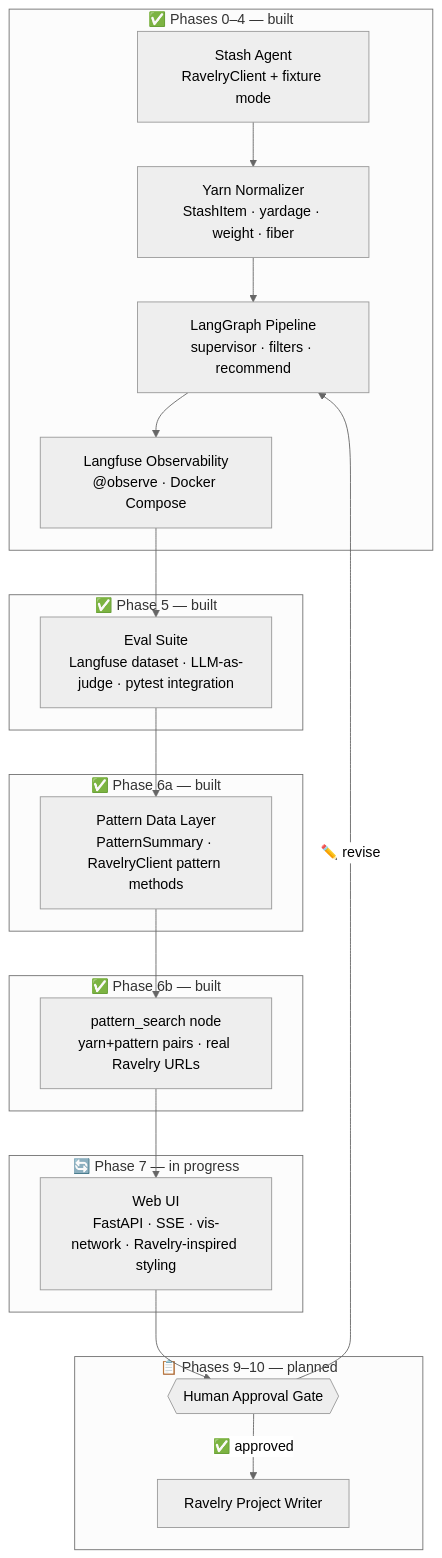
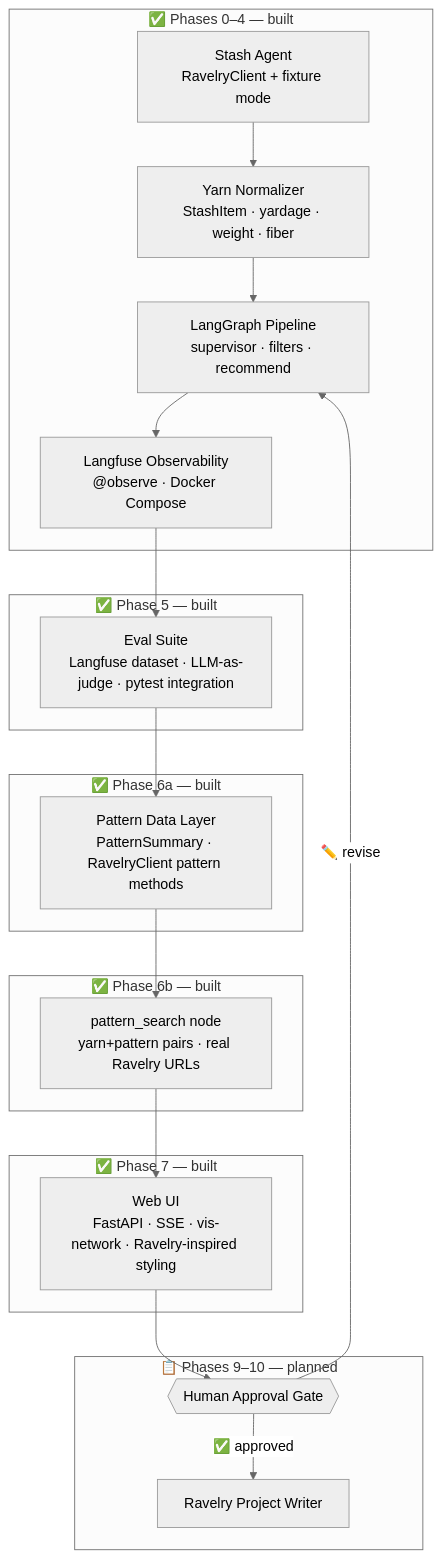
The second of 2 diagrams in README.md (ReneeErnst/skein-minder), drawn with Mermaid (neutral theme) before and after one commit. The commit also changed other lines of this file and 2 other files, not shown here.

Commit message:
docs: update CLAUDE.md, RESEARCH.md, README.md for Phase 7

````diff
--- a/README.md
+++ b/README.md
@@ -41,35 +41,36 @@
 ```mermaid
 flowchart TD
     subgraph built ["✅ Phases 0–4 — built"]
         Stash["Stash Agent\nRavelryClient + fixture mode"]
         Norm["Yarn Normalizer\nStashItem · yardage · weight · fiber"]
         Graph["LangGraph Pipeline\nsupervisor · filters · recommend"]
         Obs["Langfuse Observability\n@observe · Docker Compose"]
     end
 
     subgraph built2 ["✅ Phase 5 — built"]
         Eval["Eval Suite\nLangfuse dataset · LLM-as-judge · pytest integration"]
     end
 
     subgraph built3 ["✅ Phase 6a — built"]
         PatternData["Pattern Data Layer\nPatternSummary · RavelryClient pattern methods"]
     end
 
     subgraph built4 ["✅ Phase 6b — built"]
         PatternSearch["pattern_search node\nyarn+pattern pairs · real Ravelry URLs"]
     end
 
-    subgraph inprogress ["🔄 Phase 7 — in progress"]
+    subgraph built5 ["✅ Phase 7 — built"]
         WebUI["Web UI\nFastAPI · SSE · vis-network · Ravelry-inspired styling"]
     end
 
     subgraph future ["📋 Phases 9–10 — planned"]
         Gate{{"Human Approval Gate"}}
         Writer["Ravelry Project Writer"]
     end
 
     Stash --> Norm --> Graph --> Obs --> Eval
-    Eval --> PatternData --> PatternSearch --> WebUI --> Gate -->|"✅ approved"| Writer
+    Eval --> PatternData --> PatternSearch --> WebUI
+    WebUI --> Gate -->|"✅ approved"| Writer
     Gate -->|"✏️ revise"| Graph
 
 ```
````
